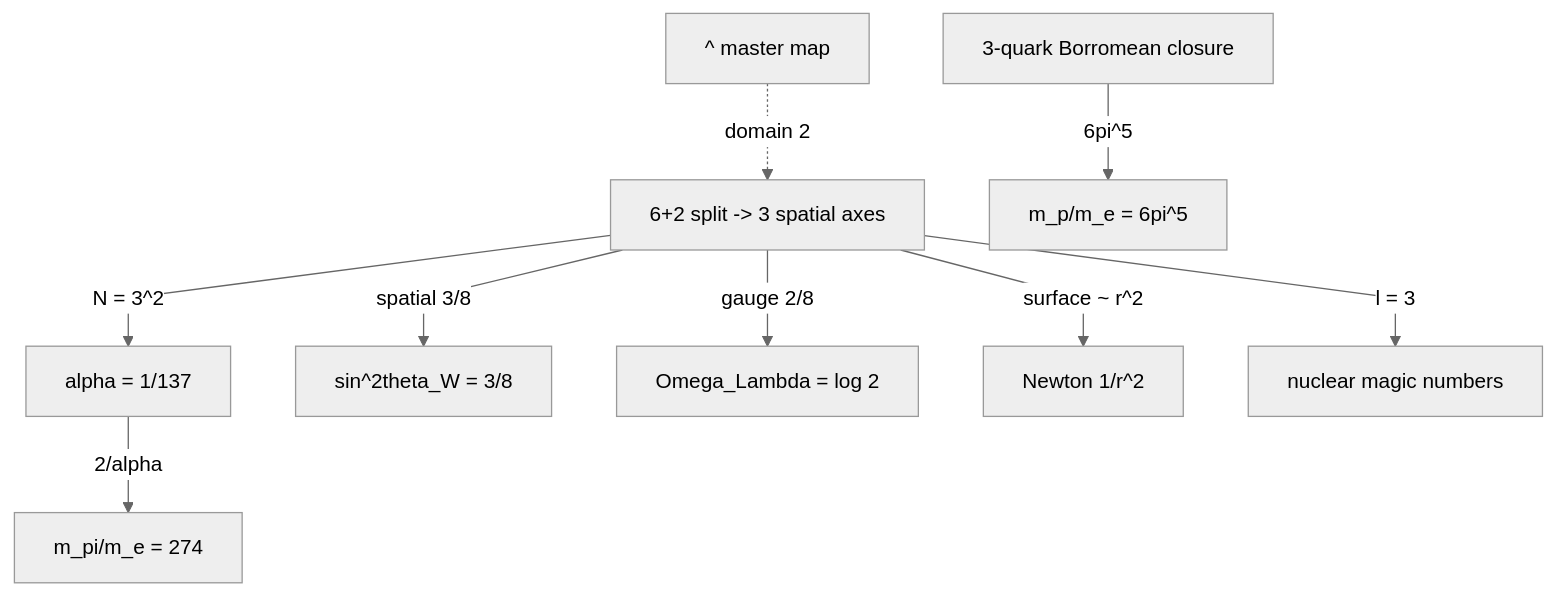
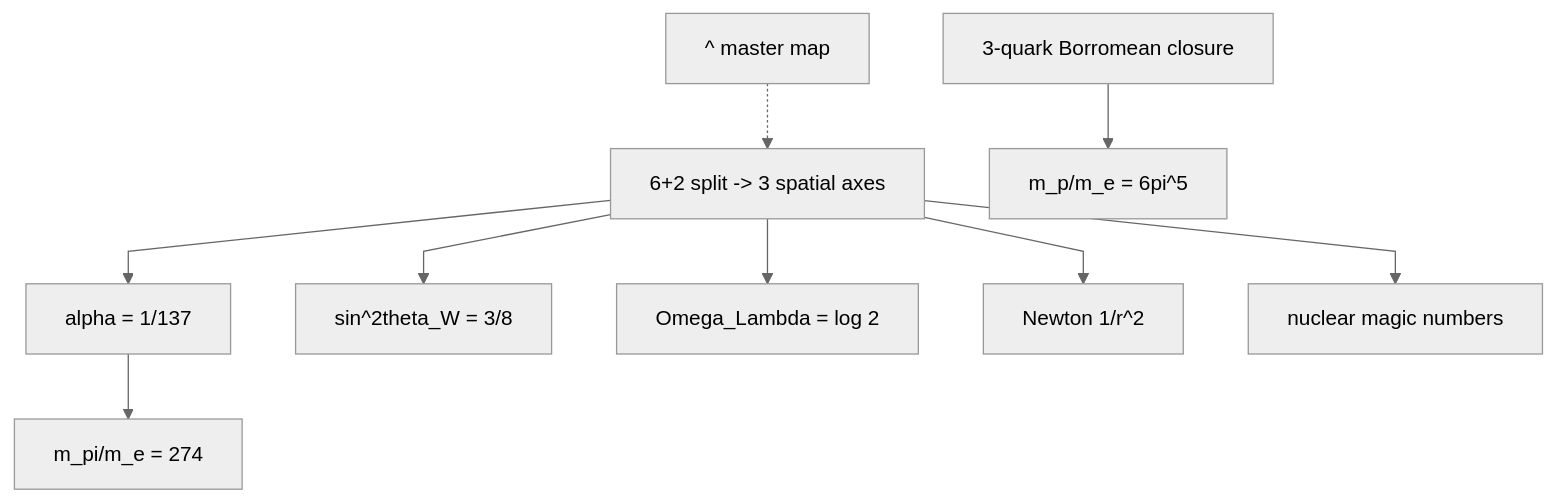
The third of 11 diagrams in FlowChart.md (jimscarver/quantum-logical-framework), drawn with Mermaid before and after one commit. The commit also changed other lines of this file, not shown here.

First line of the commit message:
FlowChart.md: remove edge labels, move connectors to text legends (definitive GitHub render fix)

````diff
--- a/FlowChart.md
+++ b/FlowChart.md
@@ -62,12 +66,12 @@
 ```mermaid
 %%{init: {"theme":"neutral", "flowchart": {"curve": "linear"}}}%%
 flowchart TD
-  H2["^ master map"] -.->|"domain 2"| SP["6+2 split -> 3 spatial axes"]
-  SP -->|"N = 3^2"| AL["alpha = 1/137"]
-  SP -->|"spatial 3/8"| WK["sin^2theta_W = 3/8"]
-  SP -->|"gauge 2/8"| OL["Omega_Lambda = log 2"]
-  SP -->|"surface ~ r^2"| NW["Newton 1/r^2"]
-  SP -->|"l = 3"| MG["nuclear magic numbers"]
-  S2["3-quark Borromean closure"] -->|"6pi^5"| MP["m_p/m_e = 6pi^5"]
-  AL -->|"2/alpha"| MPI["m_pi/m_e = 274"]
+  H2["^ master map"] -.-> SP["6+2 split -> 3 spatial axes"]
+  SP --> AL["alpha = 1/137"]
+  SP --> WK["sin^2theta_W = 3/8"]
+  SP --> OL["Omega_Lambda = log 2"]
+  SP --> NW["Newton 1/r^2"]
+  SP --> MG["nuclear magic numbers"]
+  S2["3-quark Borromean closure"] --> MP["m_p/m_e = 6pi^5"]
+  AL --> MPI["m_pi/m_e = 274"]
 ```
````
